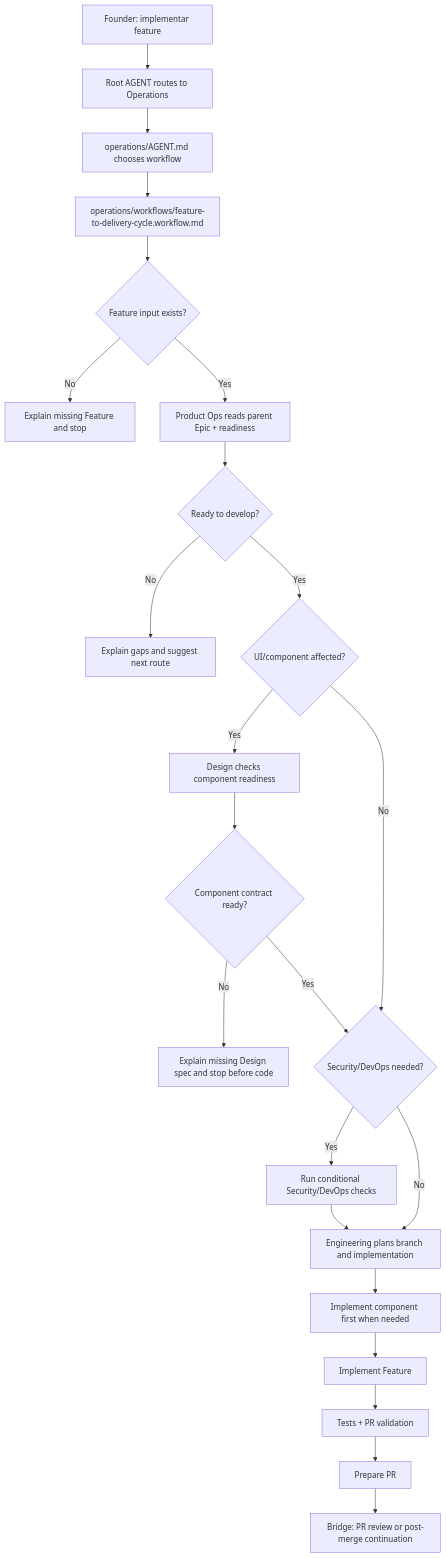
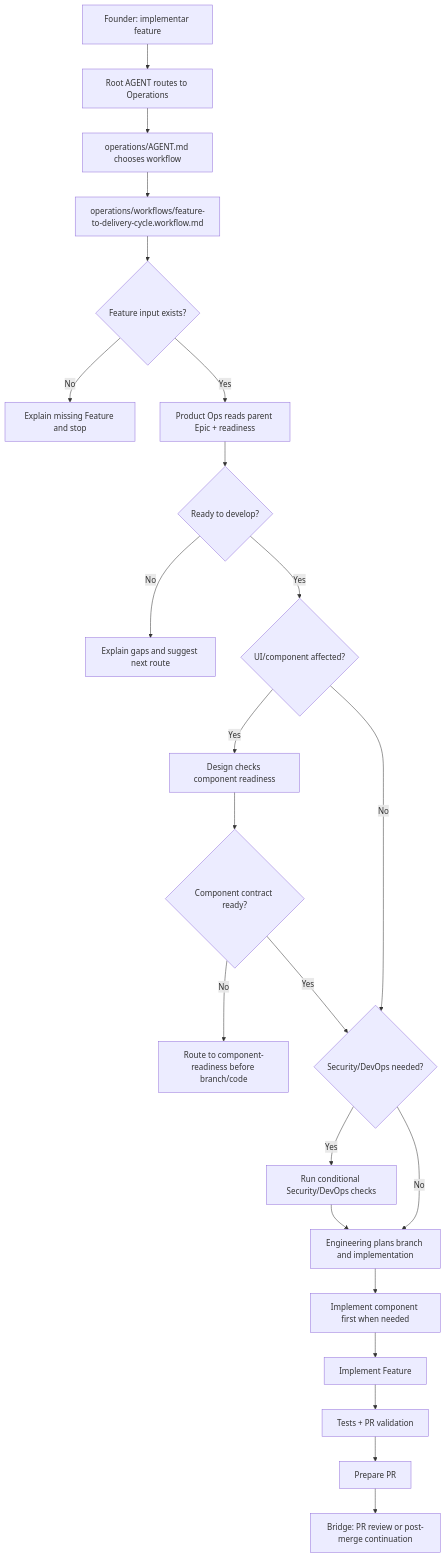
One commit to desousajhonny/leanOS changed the diagram in docs/framework/founder-journeys/feature-to-delivery-cycle.md. Above: the diagram before and after it, drawn with Mermaid. The commit also changed other lines of this file and 4 other files, not shown here.

Commit message:
Update feature delivery component readiness

````diff
--- a/docs/framework/founder-journeys/feature-to-delivery-cycle.md
+++ b/docs/framework/founder-journeys/feature-to-delivery-cycle.md
@@ -14,37 +14,37 @@
 ```mermaid
 flowchart TD
   A["Founder: implementar feature"]
   B["Root AGENT routes to Operations"]
   C["operations/AGENT.md chooses workflow"]
   D["operations/workflows/feature-to-delivery-cycle.workflow.md"]
   E{"Feature input exists?"}
   F["Explain missing Feature and stop"]
   G["Product Ops reads parent Epic + readiness"]
   H{"Ready to develop?"}
   I["Explain gaps and suggest next route"]
   J{"UI/component affected?"}
   K["Design checks component readiness"]
   L{"Component contract ready?"}
-  M["Explain missing Design spec and stop before code"]
+  M["Route to component-readiness before branch/code"]
   N{"Security/DevOps needed?"}
   O["Run conditional Security/DevOps checks"]
   P["Engineering plans branch and implementation"]
   Q["Implement component first when needed"]
   R["Implement Feature"]
   S["Tests + PR validation"]
   T["Prepare PR"]
   U["Bridge: PR review or post-merge continuation"]
 
   A --> B --> C --> D --> E
   E -->|No| F
   E -->|Yes| G --> H
   H -->|No| I
   H -->|Yes| J
   J -->|Yes| K --> L
   L -->|No| M
   L -->|Yes| N
   J -->|No| N
   N -->|Yes| O --> P
   N -->|No| P
   P --> Q --> R --> S --> T --> U
 ```
````
